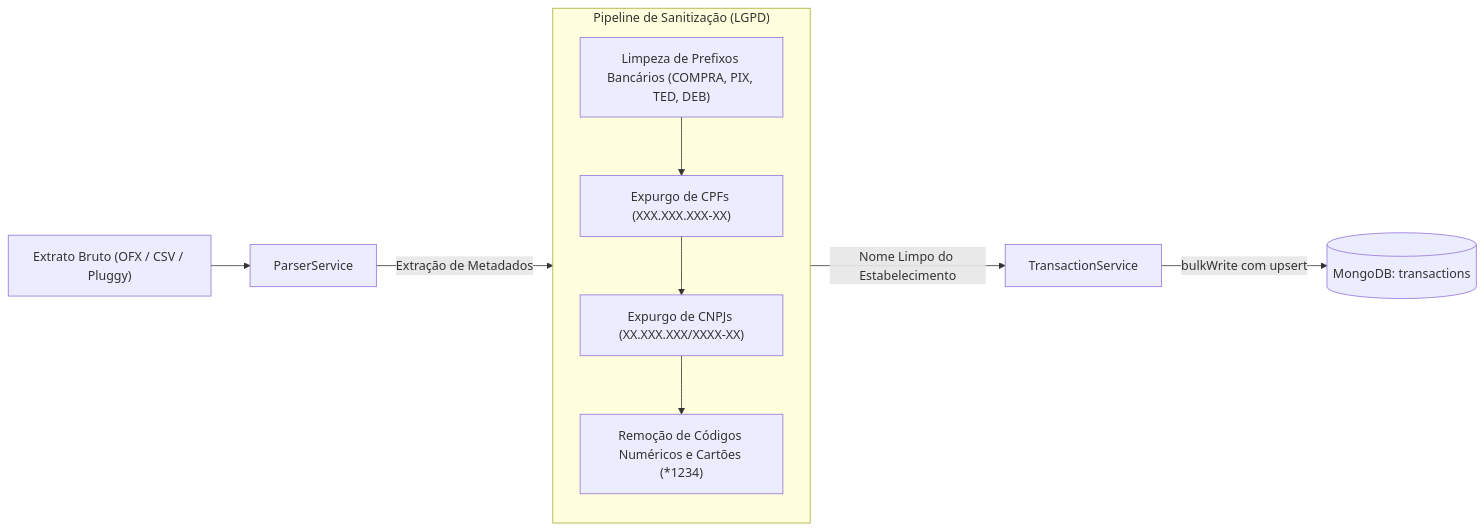
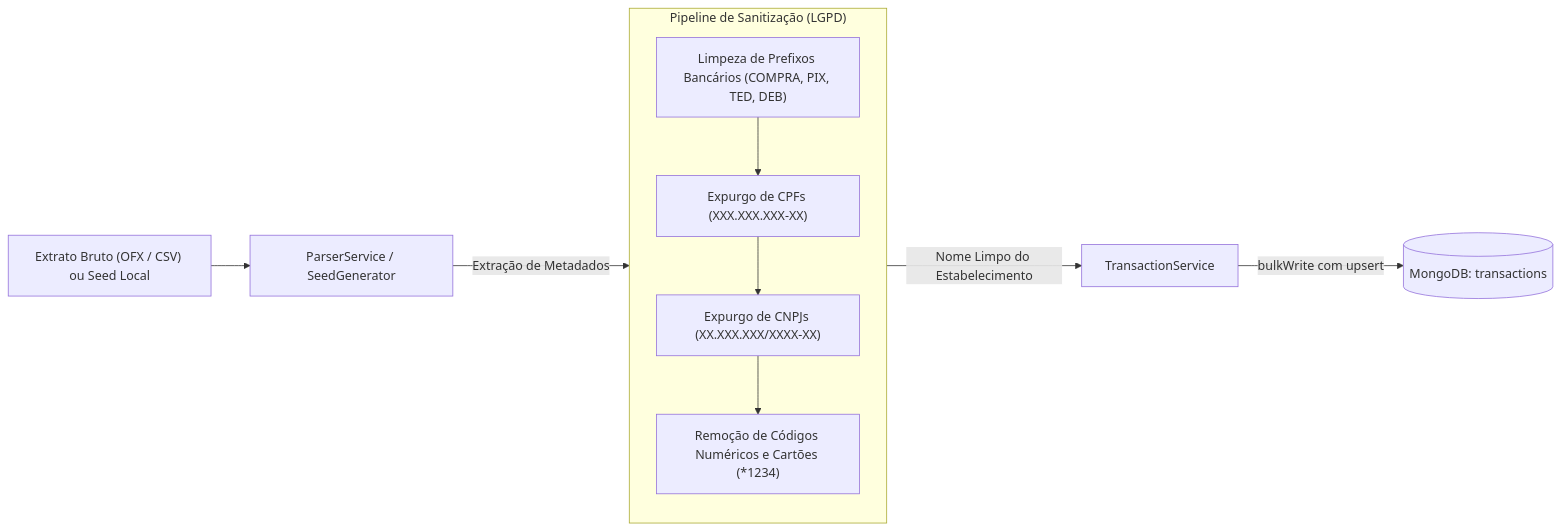
One commit to Projeto-TCC-Dash/projeto-backend-dashboard changed the second of 4 diagrams in README.md. Above: the diagram before and after it, drawn with Mermaid. The commit also changed other lines of this file and 20 other files, not shown here.

Commit message:
feat(seed): replace pluggy with autonomous local synthetic generator and clean documentation

````diff
--- a/README.md
+++ b/README.md
@@ -119,16 +116,16 @@
 ```mermaid
 flowchart LR
-    A["Extrato Bruto (OFX / CSV / Pluggy)"] --> B["ParserService"]
+    A["Extrato Bruto (OFX / CSV) ou Seed Local"] --> B["ParserService / SeedGenerator"]
     B -->|Extração de Metadados| C["SanitizerService"]
     
     subgraph C["Pipeline de Sanitização (LGPD)"]
         C1["Limpeza de Prefixos Bancários (COMPRA, PIX, TED, DEB)"]
         C2["Expurgo de CPFs (XXX.XXX.XXX-XX)"]
         C3["Expurgo de CNPJs (XX.XXX.XXX/XXXX-XX)"]
         C4["Remoção de Códigos Numéricos e Cartões (*1234)"]
         C1 --> C2 --> C3 --> C4
     end
 
     C -->|Nome Limpo do Estabelecimento| D["TransactionService"]
     D -->|bulkWrite com upsert| E[("MongoDB: transactions")]
 ```
````
